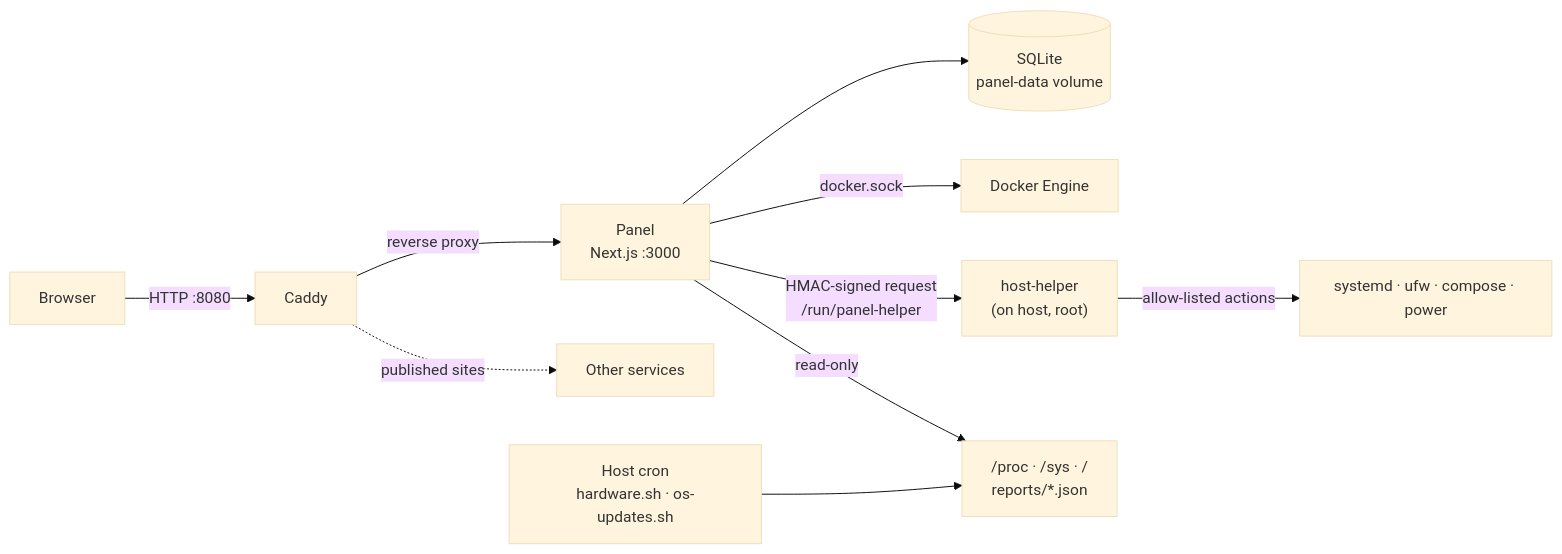
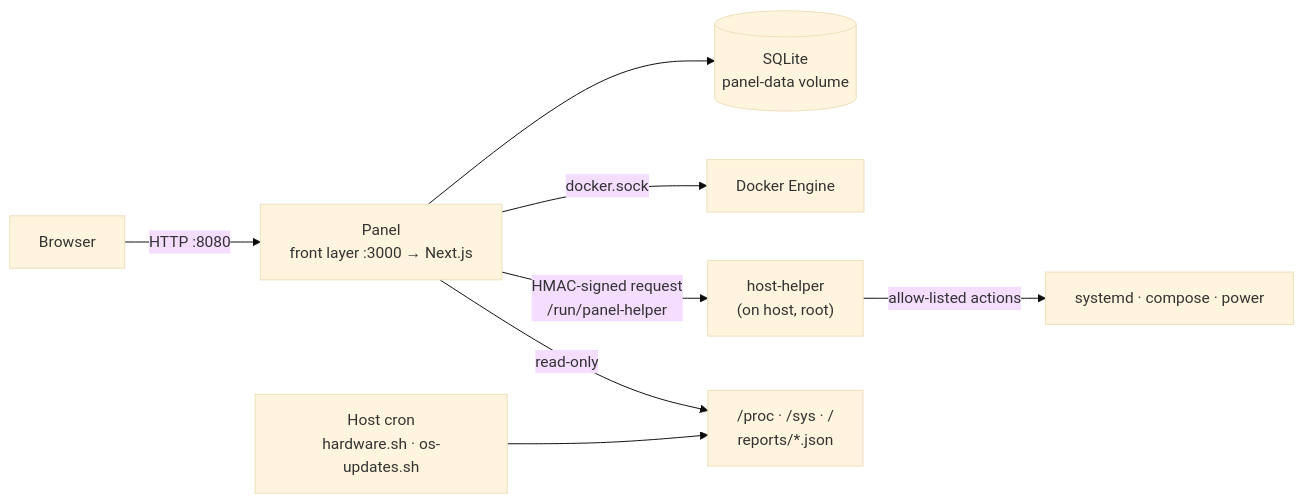
The diagram in README.md (coraspirin/ServerManagementPanel), drawn with Mermaid (base theme) before and after one commit. The commit also changed other lines of this file and 110 other files, not shown here.

First line of the commit message:
Refactor middleware and settings schema to remove deprecated features

````diff
--- a/README.md
+++ b/README.md
@@ -168,12 +164,10 @@
 ```mermaid
 flowchart LR
-    B[Browser] -->|"HTTP :8080"| C[Caddy]
-    C -->|reverse proxy| P["Panel<br/>Next.js :3000"]
-    C -.->|published sites| S[Other services]
+    B[Browser] -->|"HTTP :8080"| P["Panel<br/>front layer :3000 → Next.js"]
     P --> DB[("SQLite<br/>panel-data volume")]
     P -->|docker.sock| D[Docker Engine]
     P -->|"HMAC-signed request<br/>/run/panel-helper"| H["host-helper<br/>(on host, root)"]
-    H -->|allow-listed actions| OS["systemd · ufw · compose · power"]
+    H -->|allow-listed actions| OS["systemd · compose · power"]
     P -->|read-only| M["/proc · /sys · /<br/>reports/*.json"]
     CR["Host cron<br/>hardware.sh · os-updates.sh"] --> M
 ```
````
